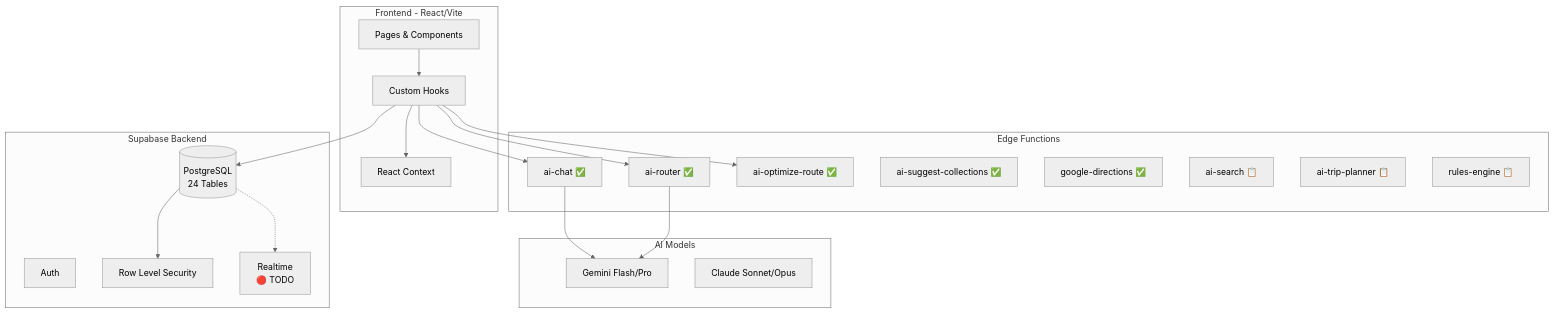
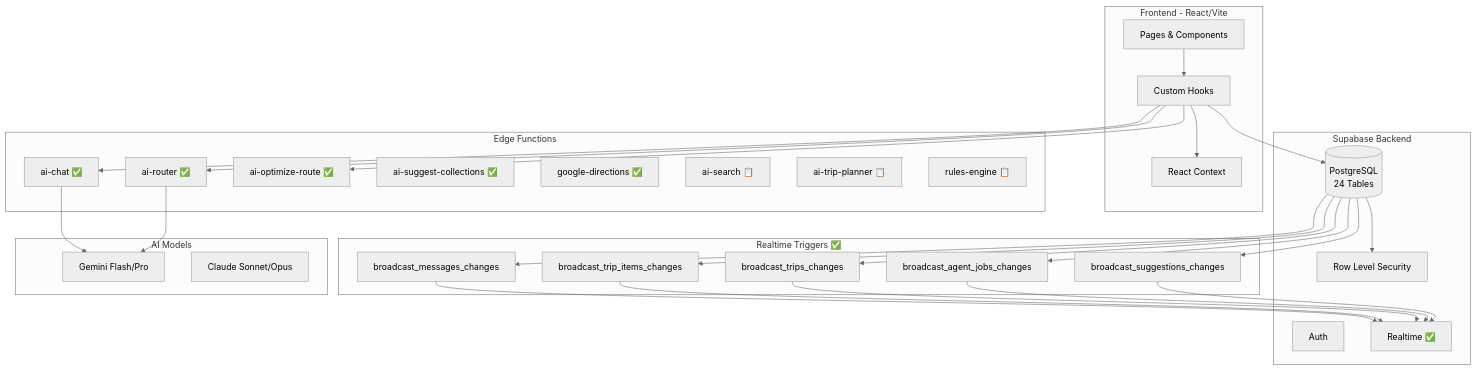
The second of 5 diagrams in docs/tasks/00-progress-tracker.md (amo-tech-ai/mdeai), drawn with Mermaid (neutral theme) before and after one commit. The commit also changed other lines of this file and 1 other file, not shown here.

````diff
--- a/docs/tasks/00-progress-tracker.md
+++ b/docs/tasks/00-progress-tracker.md
@@ -29,40 +30,49 @@
 ```mermaid
 graph TB
     subgraph "Frontend - React/Vite"
         UI[Pages & Components]
         Hooks[Custom Hooks]
         Context[React Context]
     end
     
     subgraph "Supabase Backend"
         Auth[Auth]
         DB[(PostgreSQL<br/>24 Tables)]
         RLS[Row Level Security]
-        RT[Realtime<br/>🔴 TODO]
+        RT[Realtime ✅]
     end
     
     subgraph "Edge Functions"
         EF1[ai-chat ✅]
         EF2[ai-router ✅]
         EF3[ai-optimize-route ✅]
         EF4[ai-suggest-collections ✅]
         EF5[google-directions ✅]
         EF6[ai-search 📋]
         EF7[ai-trip-planner 📋]
         EF8[rules-engine 📋]
+    end
+    
+    subgraph "Realtime Triggers ✅"
+        T1[broadcast_messages_changes]
+        T2[broadcast_trip_items_changes]
+        T3[broadcast_trips_changes]
+        T4[broadcast_agent_jobs_changes]
+        T5[broadcast_suggestions_changes]
     end
     
     subgraph "AI Models"
         Gemini[Gemini Flash/Pro]
         Claude[Claude Sonnet/Opus]
     end
     
     UI --> Hooks
     Hooks --> Context
     Hooks --> DB
     Hooks --> EF1 & EF2 & EF3
     EF1 --> Gemini
     EF2 --> Gemini
     DB --> RLS
-    DB -.-> RT
+    DB --> T1 & T2 & T3 & T4 & T5
+    T1 & T2 & T3 & T4 & T5 --> RT
 ```
````
